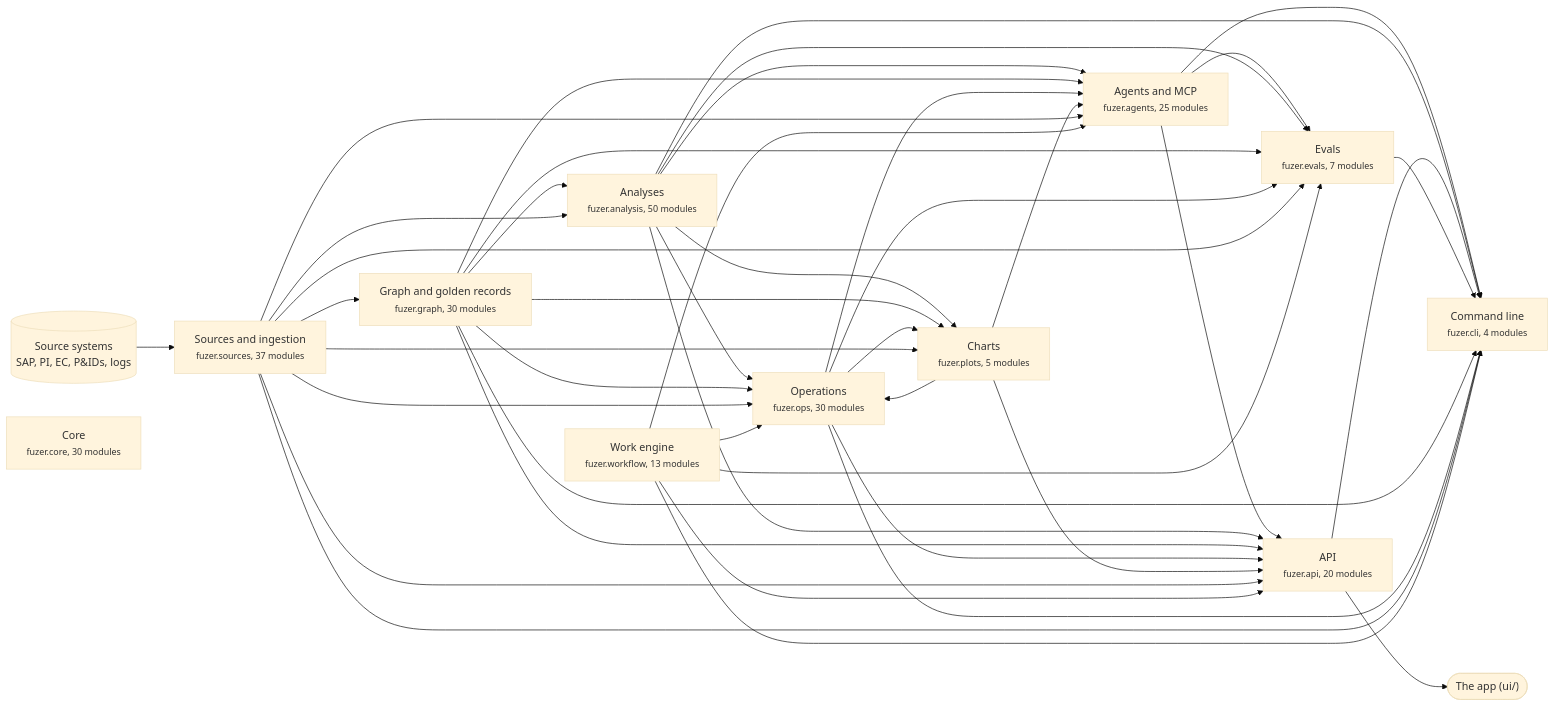
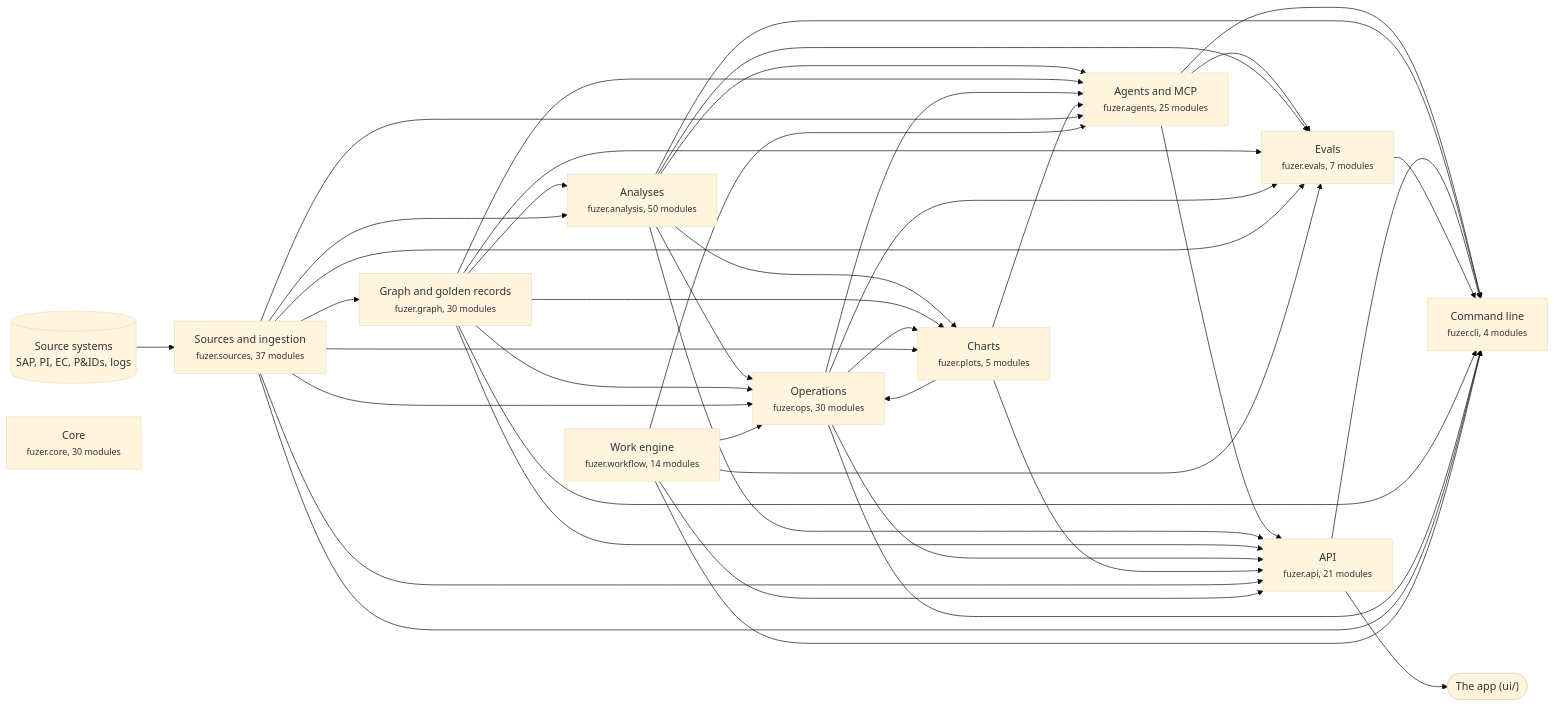
The first of 3 diagrams in docs/architecture.md (areed145/fuzer), drawn with Mermaid (base theme) before and after one commit. The commit also changed other lines of this file and 22 other files, not shown here.

````diff
--- a/docs/architecture.md
+++ b/docs/architecture.md
@@ -8,67 +8,67 @@
 ```mermaid
 flowchart LR
   systems[("Source systems<br>SAP, PI, EC, P&IDs, logs")] --> c_sources
   app(["The app (ui/)"])
   c_api --> app
   c_sources["Sources and ingestion<br><small>fuzer.sources, 37 modules</small>"]
   c_graph["Graph and golden records<br><small>fuzer.graph, 30 modules</small>"]
   c_analysis["Analyses<br><small>fuzer.analysis, 50 modules</small>"]
   c_ops["Operations<br><small>fuzer.ops, 30 modules</small>"]
   c_plots["Charts<br><small>fuzer.plots, 5 modules</small>"]
-  c_workflow["Work engine<br><small>fuzer.workflow, 13 modules</small>"]
+  c_workflow["Work engine<br><small>fuzer.workflow, 14 modules</small>"]
   c_agents["Agents and MCP<br><small>fuzer.agents, 25 modules</small>"]
   c_evals["Evals<br><small>fuzer.evals, 7 modules</small>"]
-  c_api["API<br><small>fuzer.api, 20 modules</small>"]
+  c_api["API<br><small>fuzer.api, 21 modules</small>"]
   c_cli["Command line<br><small>fuzer.cli, 4 modules</small>"]
   c_core["Core<br><small>fuzer.core, 30 modules</small>"]
   c_sources --> c_graph
   c_graph --> c_analysis
   c_sources --> c_analysis
   c_analysis --> c_ops
   c_graph --> c_ops
   c_plots --> c_ops
   c_sources --> c_ops
   c_workflow --> c_ops
   c_analysis --> c_plots
   c_graph --> c_plots
   c_ops --> c_plots
   c_sources --> c_plots
   c_analysis --> c_agents
   c_graph --> c_agents
   c_ops --> c_agents
   c_plots --> c_agents
   c_sources --> c_agents
   c_workflow --> c_agents
   c_agents --> c_evals
   c_analysis --> c_evals
   c_graph --> c_evals
   c_ops --> c_evals
   c_sources --> c_evals
   c_workflow --> c_evals
   c_agents --> c_api
   c_analysis --> c_api
   c_graph --> c_api
   c_ops --> c_api
   c_plots --> c_api
   c_sources --> c_api
   c_workflow --> c_api
   c_agents --> c_cli
   c_analysis --> c_cli
   c_api --> c_cli
   c_evals --> c_cli
   c_graph --> c_cli
   c_ops --> c_cli
   c_sources --> c_cli
   c_workflow --> c_cli
   click c_sources "https://github.com/areed145/fuzer/tree/main/src/fuzer/sources"
   click c_graph "https://github.com/areed145/fuzer/tree/main/src/fuzer/graph"
   click c_analysis "https://github.com/areed145/fuzer/tree/main/src/fuzer/analysis"
   click c_ops "https://github.com/areed145/fuzer/tree/main/src/fuzer/ops"
   click c_plots "https://github.com/areed145/fuzer/tree/main/src/fuzer/plots"
   click c_workflow "https://github.com/areed145/fuzer/tree/main/src/fuzer/workflow"
   click c_agents "https://github.com/areed145/fuzer/tree/main/src/fuzer/agents"
   click c_evals "https://github.com/areed145/fuzer/tree/main/src/fuzer/evals"
   click c_api "https://github.com/areed145/fuzer/tree/main/src/fuzer/api"
   click c_cli "https://github.com/areed145/fuzer/tree/main/src/fuzer/cli"
   click c_core "https://github.com/areed145/fuzer/tree/main/src/fuzer/core"
 ```
````
